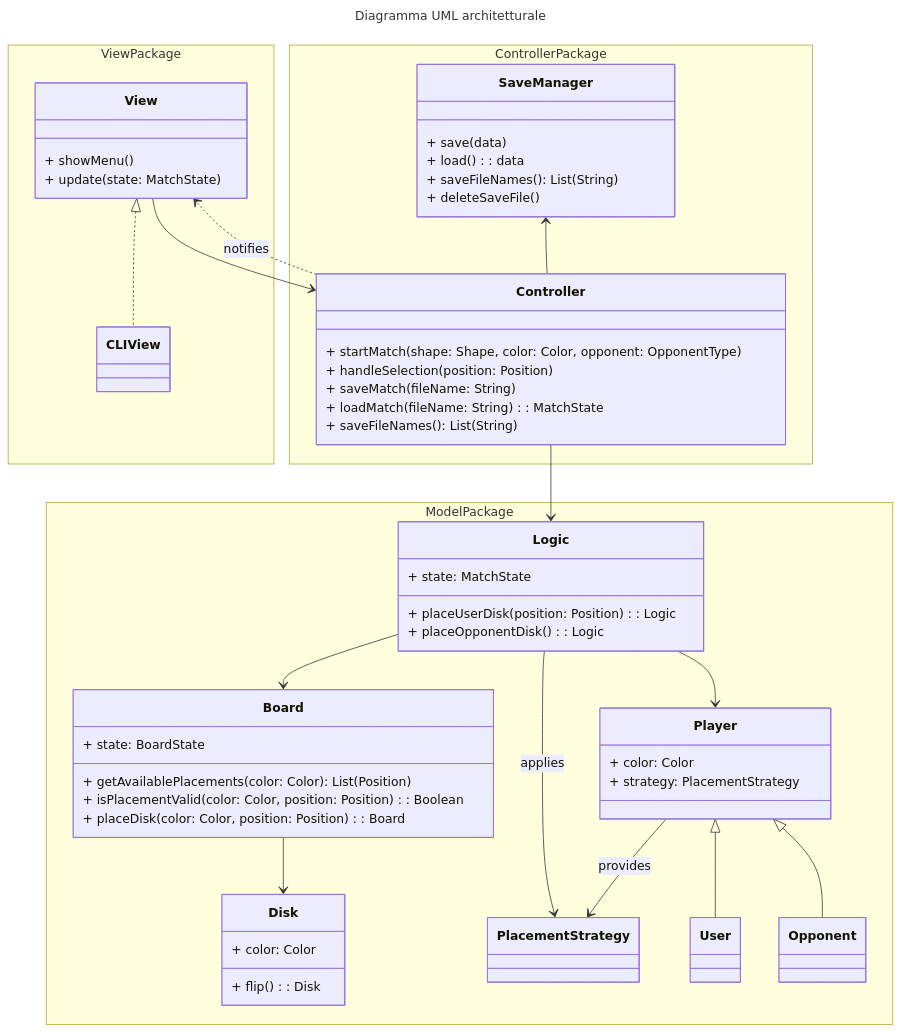
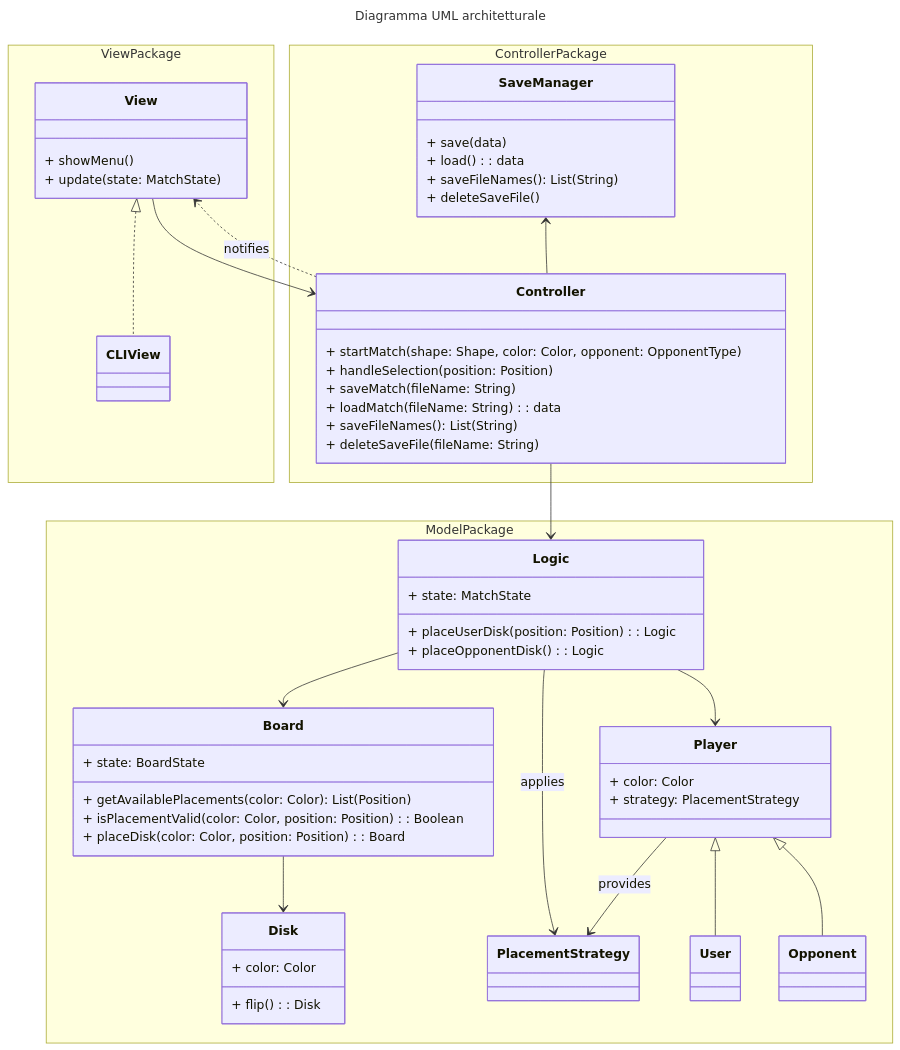
One commit to Borgotto/PPS-25-scalatello changed the first of 3 diagrams in docs/report/4-architectural-design.md. Above: the diagram before and after it, drawn with Mermaid.

Commit message:
Update Controller architectural design

````diff
--- a/docs/report/4-architectural-design.md
+++ b/docs/report/4-architectural-design.md
@@ -15,70 +15,71 @@
 ```mermaid
 ---
 title: Diagramma UML architetturale
 ---
 classDiagram
   namespace ViewPackage {
     class View {
       + showMenu()
       + update(state: MatchState)
     }
     class CLIView
   }
   namespace ControllerPackage {
     class Controller {
       + startMatch(shape: Shape, color: Color, opponent: OpponentType)
       + handleSelection(position: Position)
       + saveMatch(fileName: String)
-      + loadMatch(fileName: String): MatchState
+      + loadMatch(fileName: String): data
       + saveFileNames(): List(String)
+      + deleteSaveFile(fileName: String)
     }
     class SaveManager {
       + save(data)
       + load(): data
       + saveFileNames(): List(String)
       + deleteSaveFile()
     }
   }
   namespace ModelPackage {
     class Logic {
       + state: MatchState
       + placeUserDisk(position: Position): Logic
       + placeOpponentDisk(): Logic
     }
     class Board {
       + state: BoardState
       + getAvailablePlacements(color: Color): List(Position)
       + isPlacementValid(color: Color, position: Position): Boolean
       + placeDisk(color: Color, position: Position): Board
     }
     class Disk {
       + color: Color
       + flip(): Disk
     }
     class Player {
       + color: Color
       + strategy: PlacementStrategy
     }
     class PlacementStrategy
     class User
     class Opponent
   }
 
     Logic --> Board
     Logic --> Player
     Logic --> PlacementStrategy: applies
 
     Player <|-- User
     Player <|-- Opponent
 
     Player --> PlacementStrategy : provides
 
     Board --> Disk
 
     View --> Controller
     Controller ..> View : notifies
     Controller --> Logic
     SaveManager <-- Controller
 
     View <|.. CLIView
 ```
````
